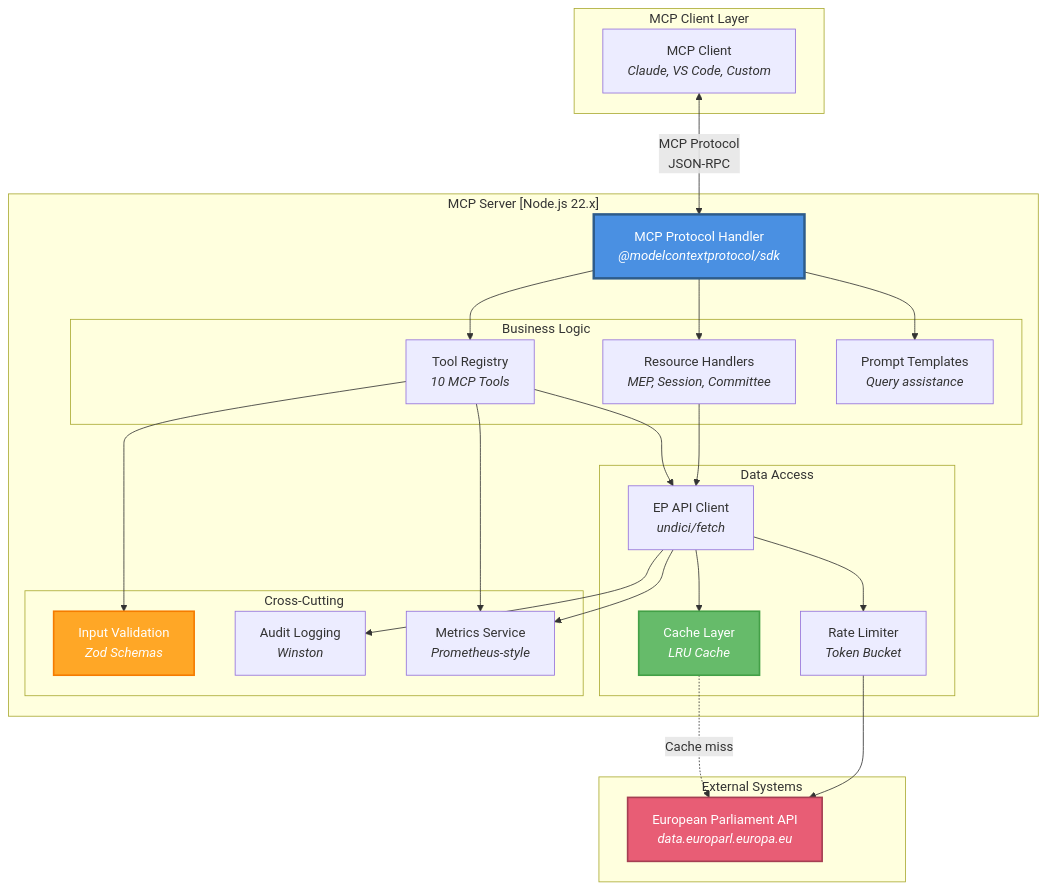
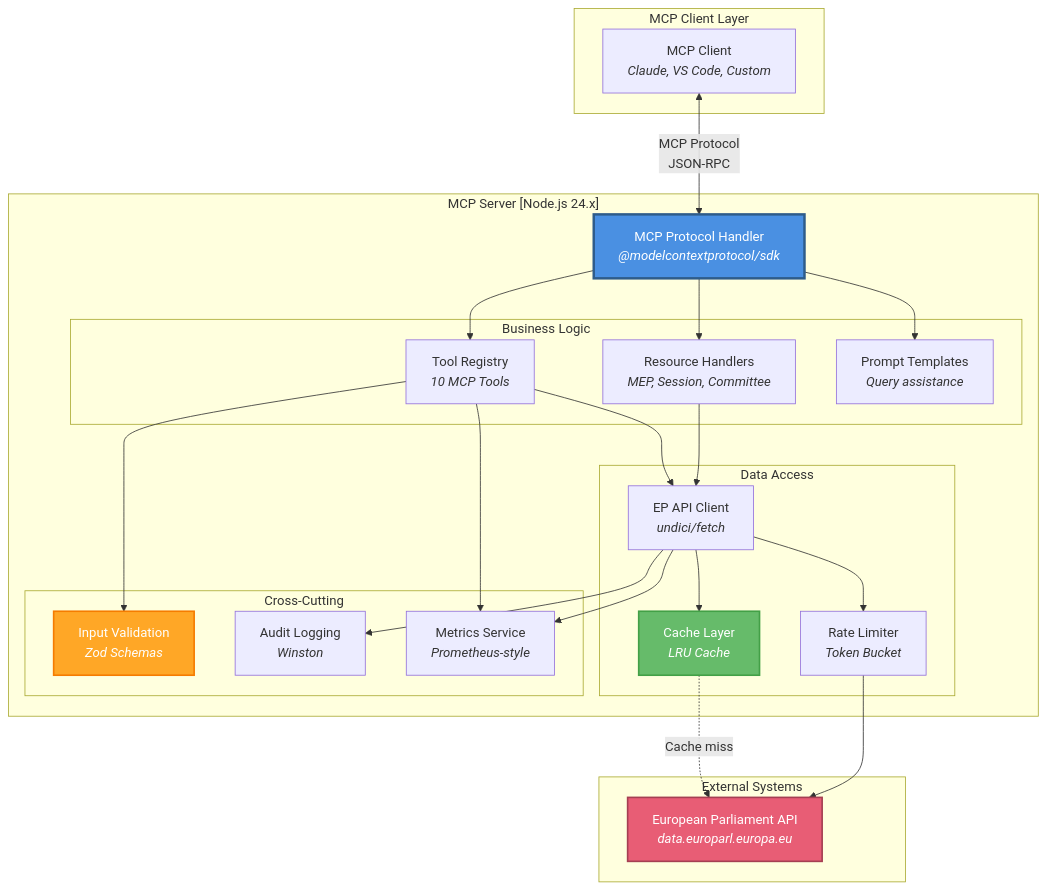
One commit to Hack23/European-Parliament-MCP-Server changed the second of 14 diagrams in ARCHITECTURE_DIAGRAMS.md. Above: the diagram before and after it, drawn with Mermaid. The commit also changed other lines of this file and 22 other files, not shown here.

````diff
--- a/ARCHITECTURE_DIAGRAMS.md
+++ b/ARCHITECTURE_DIAGRAMS.md
@@ -114,56 +114,56 @@
 ```mermaid
 graph TB
     subgraph "MCP Client Layer"
         CLIENT[MCP Client<br/><i>Claude, VS Code, Custom</i>]
     end
     
-    subgraph "MCP Server [Node.js 22.x]"
+    subgraph "MCP Server [Node.js 24.x]"
         SERVER[MCP Protocol Handler<br/><i>@modelcontextprotocol/sdk</i>]
         
         subgraph "Business Logic"
             TOOLS[Tool Registry<br/><i>10 MCP Tools</i>]
             RESOURCES[Resource Handlers<br/><i>MEP, Session, Committee</i>]
             PROMPTS[Prompt Templates<br/><i>Query assistance</i>]
         end
         
         subgraph "Data Access"
             API_CLIENT[EP API Client<br/><i>undici/fetch</i>]
             CACHE[Cache Layer<br/><i>LRU Cache</i>]
             RATE_LIMITER[Rate Limiter<br/><i>Token Bucket</i>]
         end
         
         subgraph "Cross-Cutting"
             VALIDATION[Input Validation<br/><i>Zod Schemas</i>]
             LOGGING[Audit Logging<br/><i>Winston</i>]
             METRICS[Metrics Service<br/><i>Prometheus-style</i>]
         end
     end
     
     subgraph "External Systems"
         EP_API[European Parliament API<br/><i>data.europarl.europa.eu</i>]
     end
     
     CLIENT <-->|MCP Protocol<br/>JSON-RPC| SERVER
     SERVER --> TOOLS
     SERVER --> RESOURCES
     SERVER --> PROMPTS
     
     TOOLS --> VALIDATION
     TOOLS --> API_CLIENT
     RESOURCES --> API_CLIENT
     
     API_CLIENT --> CACHE
     API_CLIENT --> RATE_LIMITER
     API_CLIENT --> LOGGING
     
     CACHE -.->|Cache miss| EP_API
     RATE_LIMITER --> EP_API
     
     TOOLS --> METRICS
     API_CLIENT --> METRICS
     
     style SERVER fill:#4A90E2,stroke:#2E5C8A,stroke-width:3px,color:#fff
     style EP_API fill:#E85D75,stroke:#A53F52,stroke-width:2px,color:#fff
     style CACHE fill:#66BB6A,stroke:#43A047,stroke-width:2px,color:#fff
     style VALIDATION fill:#FFA726,stroke:#F57C00,stroke-width:2px,color:#fff
 ```
````
